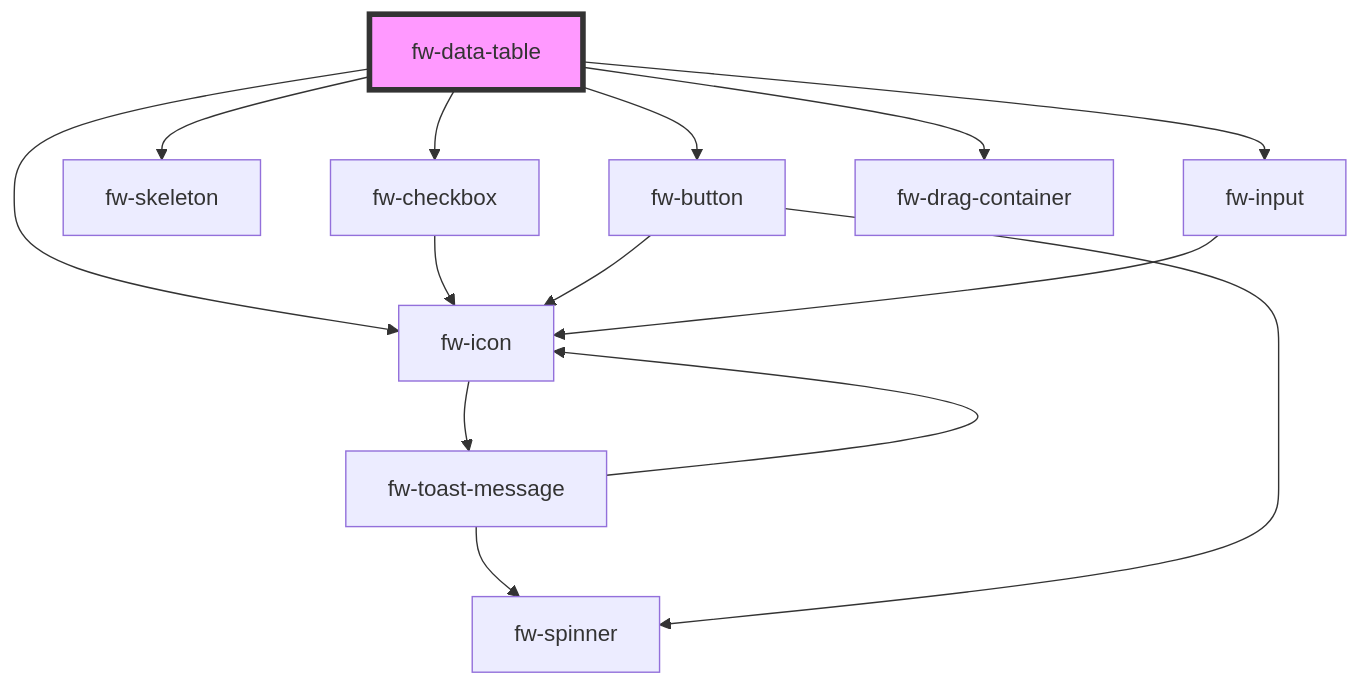
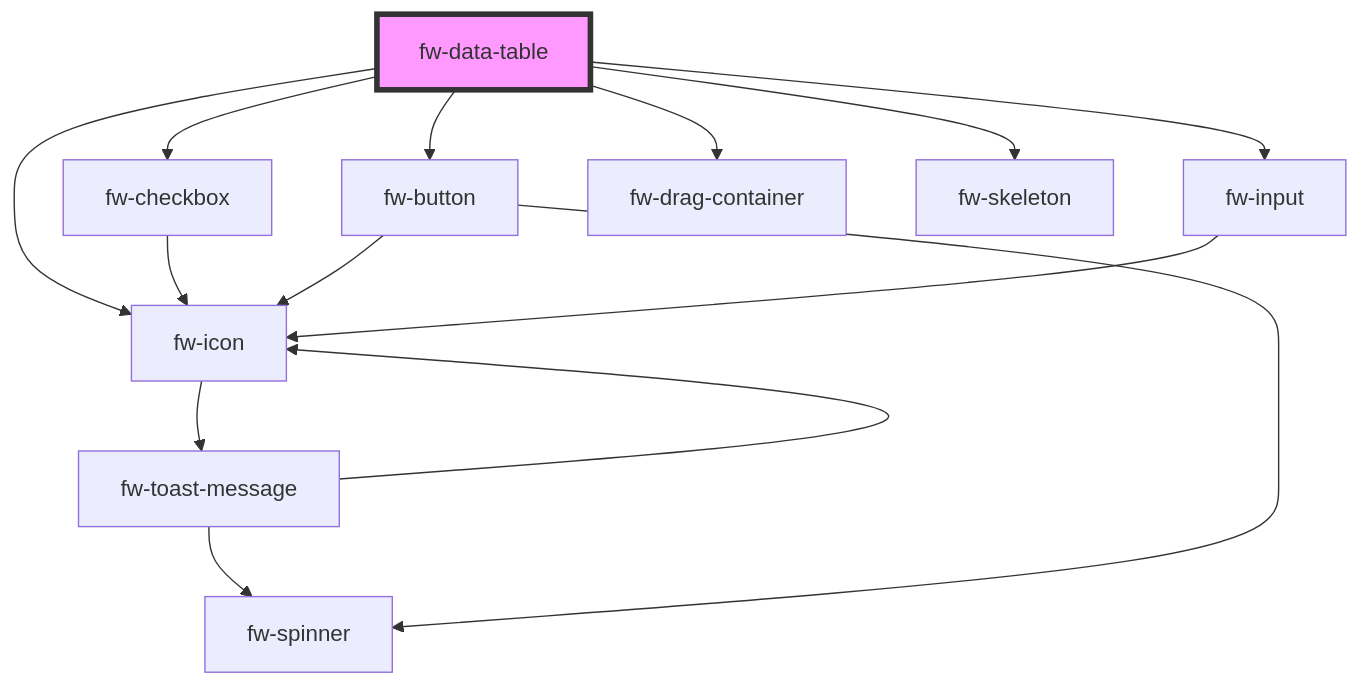
The diagram in packages/crayons-core/src/components/data-table/readme.md (freshworks/crayons), drawn with Mermaid before and after one commit. The commit also changed other lines of this file and 5 other files, not shown here.

Commit message:
feat(data-table): show shimmer on initial table load

````diff
--- a/packages/crayons-core/src/components/data-table/readme.md
+++ b/packages/crayons-core/src/components/data-table/readme.md
@@ -1777,17 +1778,17 @@
 ```mermaid
 graph TD;
   fw-data-table --> fw-checkbox
-  fw-data-table --> fw-skeleton
   fw-data-table --> fw-button
   fw-data-table --> fw-icon
   fw-data-table --> fw-input
   fw-data-table --> fw-drag-container
+  fw-data-table --> fw-skeleton
   fw-checkbox --> fw-icon
   fw-icon --> fw-toast-message
   fw-toast-message --> fw-spinner
   fw-toast-message --> fw-icon
   fw-button --> fw-spinner
   fw-button --> fw-icon
   fw-input --> fw-icon
   style fw-data-table fill:#f9f,stroke:#333,stroke-width:4px
 ```
````
